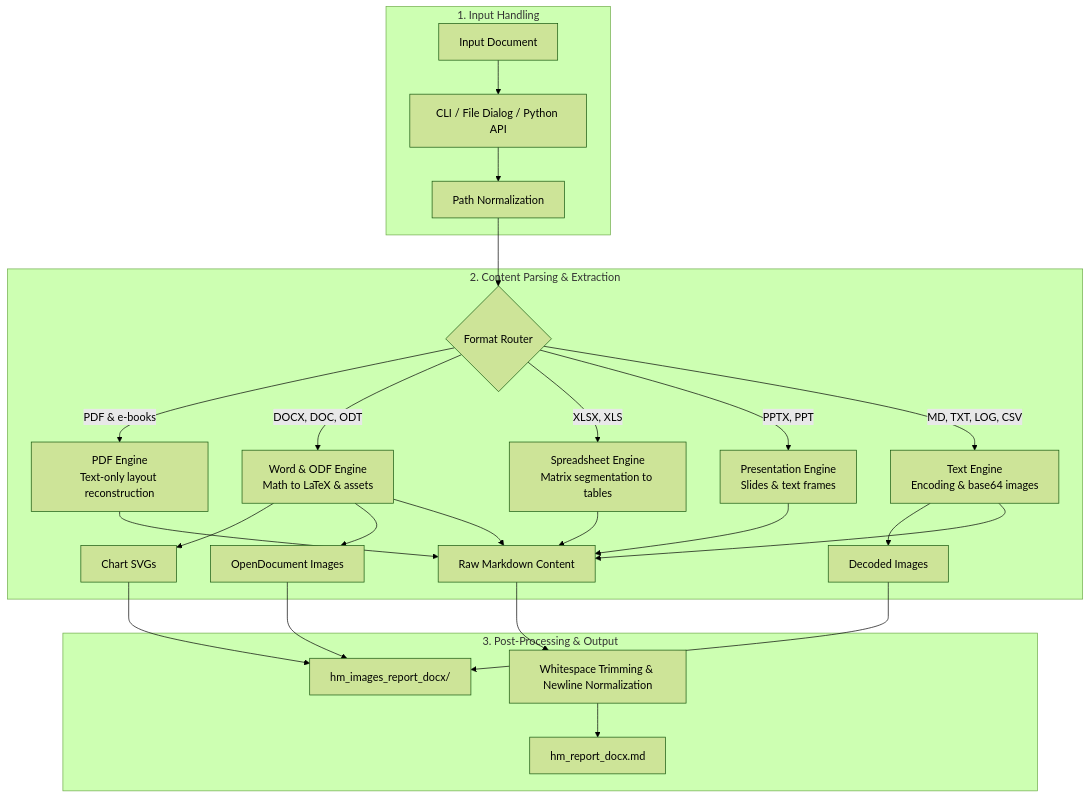
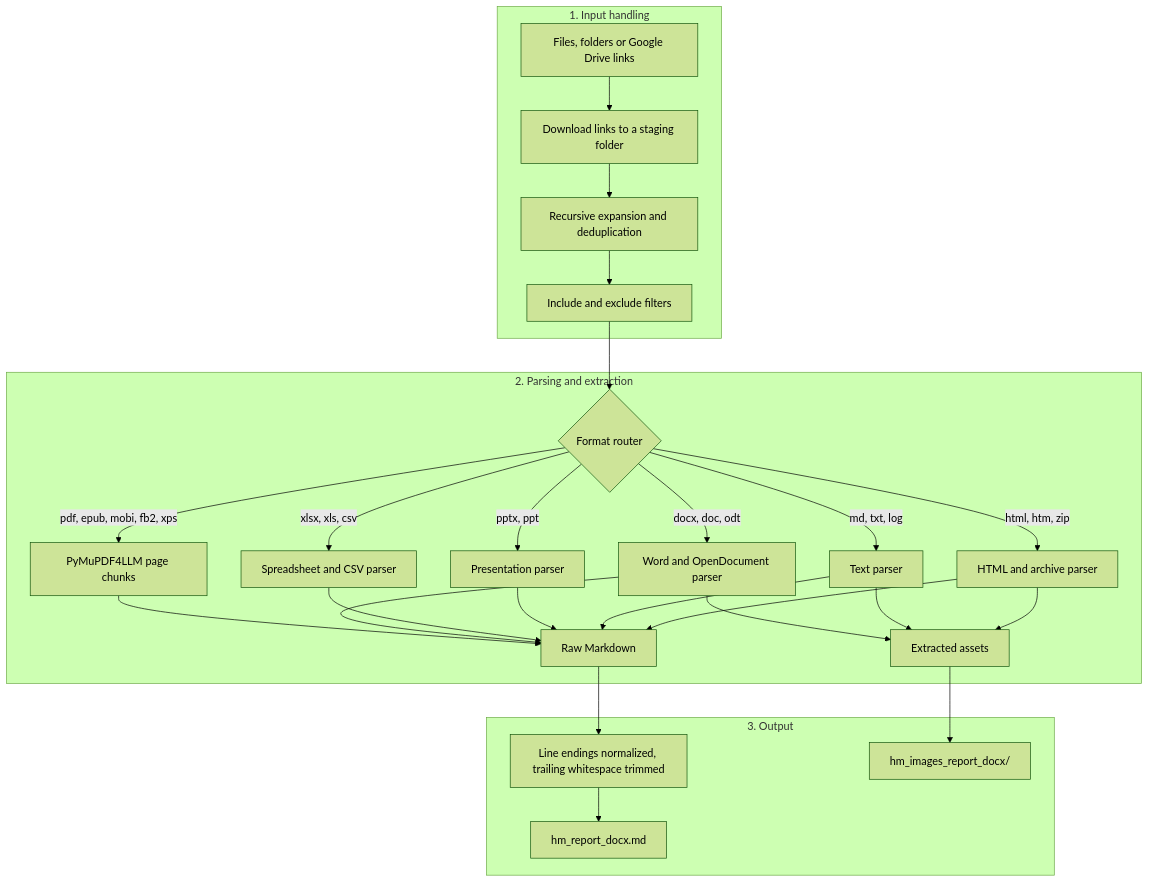
Before and after one commit to sergeypugin/hammerdown: the first of 2 diagrams in docs/ARCHITECTURE.md, drawn with Mermaid (forest theme). The commit also changed other lines of this file and 17 other files, not shown here.

First line of the commit message:
docs: refresh ARCHITECTURE, PERFORMANCE, TECHNICAL, CONTRIBUTING, README

````diff
--- a/docs/ARCHITECTURE.md
+++ b/docs/ARCHITECTURE.md
@@ -9,36 +9,33 @@
 ```mermaid
 flowchart TD
-    subgraph S1 [1. Input Handling]
-        A[Input Document] --> B[CLI / File Dialog / Python API]
-        B --> C[Path Normalization]
+    subgraph S1 [1. Input handling]
+        A[Files, folders or Google Drive links] --> B[Download links to a staging folder]
+        B --> C[Recursive expansion and deduplication]
+        C --> D[Include and exclude filters]
     end
 
-    subgraph S2 [2. Content Parsing & Extraction]
-        C --> D{Format Router}
-
-        D -->|PDF & e-books| P_PDF[PDF Engine<br>Text-only layout reconstruction]
-        D -->|DOCX, DOC, ODT| P_DOC[Word & ODF Engine<br>Math to LaTeX & assets]
-        D -->|XLSX, XLS| P_SHEET[Spreadsheet Engine<br>Matrix segmentation to tables]
-        D -->|PPTX, PPT| P_PPT[Presentation Engine<br>Slides & text frames]
-        D -->|MD, TXT, LOG, CSV| P_TXT[Text Engine<br>Encoding & base64 images]
-
-        P_DOC --> SVG[Chart SVGs]
-        P_DOC --> ODFIMG[OpenDocument Images]
-        P_TXT --> B64[Decoded Images]
-
-        P_PDF --> MD_RAW[Raw Markdown Content]
-        P_DOC --> MD_RAW
-        P_SHEET --> MD_RAW
-        P_PPT --> MD_RAW
-        P_TXT --> MD_RAW
+    subgraph S2 [2. Parsing and extraction]
+        D --> E{Format router}
+        E -->|pdf, epub, mobi, fb2, xps| F[PyMuPDF4LLM page chunks]
+        E -->|docx, doc, odt| G[Word and OpenDocument parser]
+        E -->|xlsx, xls, csv| H[Spreadsheet and CSV parser]
+        E -->|pptx, ppt| I[Presentation parser]
+        E -->|md, txt, log| J[Text parser]
+        E -->|html, htm, zip| K[HTML and archive parser]
+        G --> L[Extracted assets]
+        J --> L
+        K --> L
+        F --> M[Raw Markdown]
+        G --> M
+        H --> M
+        I --> M
+        J --> M
+        K --> M
     end
 
-    subgraph S3 [3. Post-Processing & Output]
-        SVG --> ASSETS["hm_images_report_docx/"]
-        ODFIMG --> ASSETS
-        B64 --> ASSETS
-
-        MD_RAW --> CLEAN[Whitespace Trimming & Newline Normalization]
-        CLEAN --> OUT_FILE["hm_report_docx.md"]
+    subgraph S3 [3. Output]
+        M --> N[Line endings normalized, trailing whitespace trimmed]
+        N --> O["hm_report_docx.md"]
+        L --> P["hm_images_report_docx/"]
     end
 ```
````
